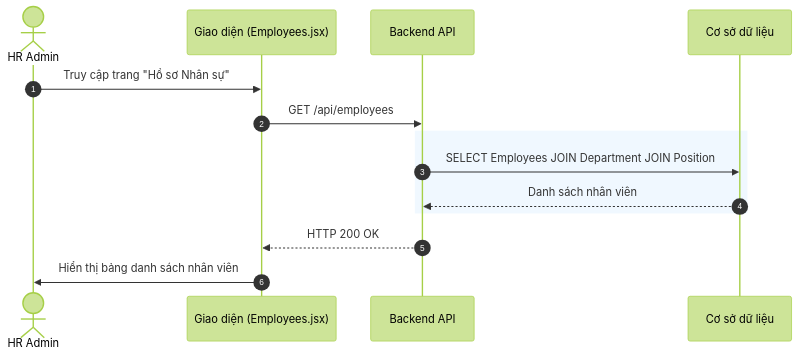
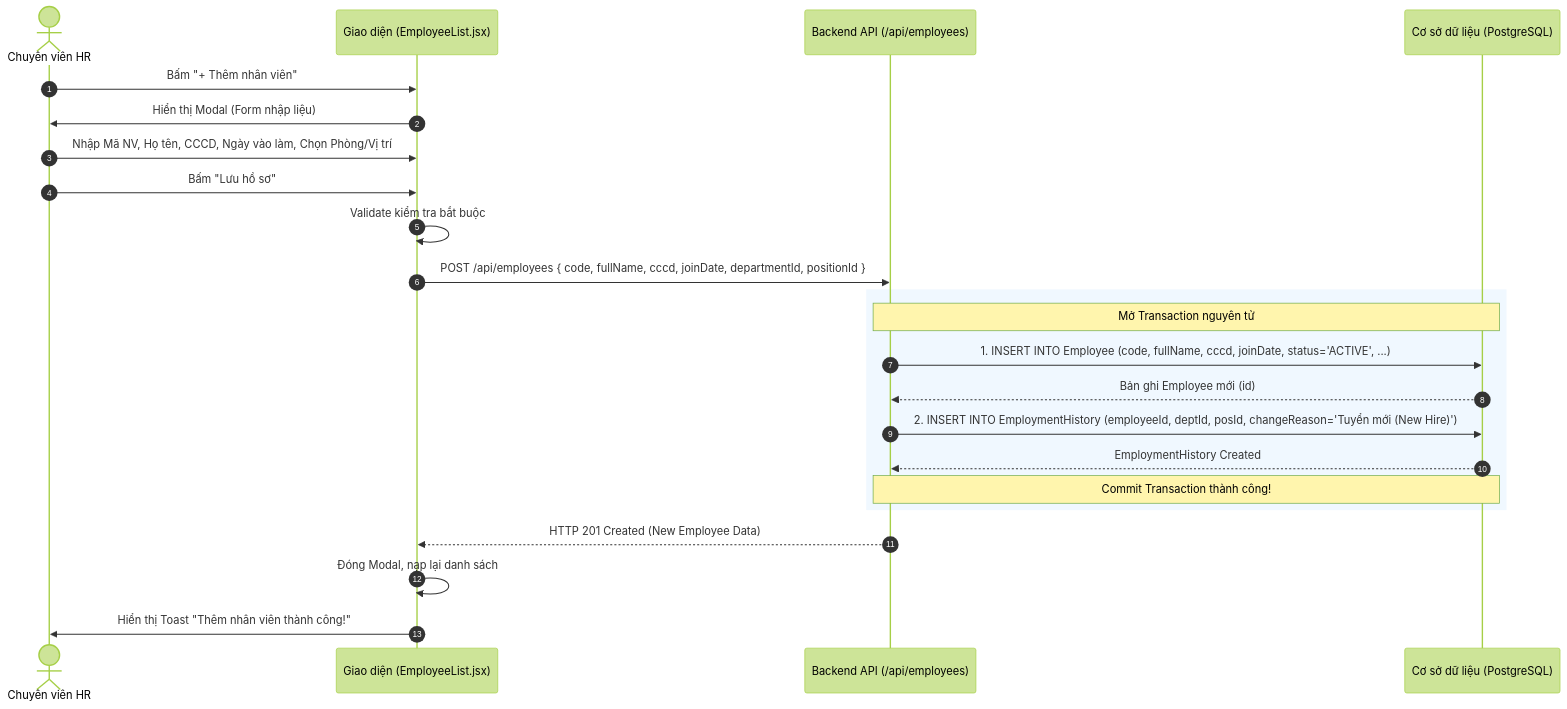
Before and after one commit to aye2710/HRM-DATN: the sixth of 7 diagrams in docs/Tài liệu phân tích nghiệp vụ từng module/Module Core HR/Chuc-nang-Ho-so-Nhan-su.md, drawn with Mermaid (forest theme). The commit also changed other lines of this file and 27 other files, not shown here.

````diff
--- a/docs/Tài liệu phân tích nghiệp vụ từng module/Module Core HR/Chuc-nang-Ho-so-Nhan-su.md
+++ b/docs/Tài liệu phân tích nghiệp vụ từng module/Module Core HR/Chuc-nang-Ho-so-Nhan-su.md
@@ -14,19 +238,30 @@
 ```mermaid
 sequenceDiagram
     autonumber
-    actor HR as HR Admin
-    participant FE as Giao diện (Employees.jsx)
-    participant BE as Backend API
-    participant DB as Cơ sở dữ liệu
+    actor HR as Chuyên viên HR
+    participant FE as Giao diện (EmployeeList.jsx)
+    participant BE as Backend API (/api/employees)
+    participant DB as Cơ sở dữ liệu (PostgreSQL)
 
-    HR->>FE: Truy cập trang "Hồ sơ Nhân sự"
-    FE->>BE: GET /api/employees
+    HR->>FE: Bấm "+ Thêm nhân viên"
+    FE->>HR: Hiển thị Modal (Form nhập liệu)
+    HR->>FE: Nhập Mã NV, Họ tên, CCCD, Ngày vào làm, Chọn Phòng/Vị trí
+    HR->>FE: Bấm "Lưu hồ sơ"
+    
+    FE->>FE: Validate kiểm tra bắt buộc
+    FE->>BE: POST /api/employees { code, fullName, cccd, joinDate, departmentId, positionId }
     
     rect rgb(240, 248, 255)
-        BE->>DB: SELECT Employees JOIN Department JOIN Position
-        DB-->>BE: Danh sách nhân viên
+        Note over BE, DB: Mở Transaction nguyên tử
+        BE->>DB: 1. INSERT INTO Employee (code, fullName, cccd, joinDate, status='ACTIVE', ...)
+        DB-->>BE: Bản ghi Employee mới (id)
+        
+        BE->>DB: 2. INSERT INTO EmploymentHistory (employeeId, deptId, posId, changeReason='Tuyển mới (New Hire)')
+        DB-->>BE: EmploymentHistory Created
+        Note over BE, DB: Commit Transaction thành công!
     end
     
-    BE-->>FE: HTTP 200 OK
-    FE->>HR: Hiển thị bảng danh sách nhân viên
+    BE-->>FE: HTTP 201 Created (New Employee Data)
+    FE->>FE: Đóng Modal, nạp lại danh sách
+    FE->>HR: Hiển thị Toast "Thêm nhân viên thành công!"
 ```
````
